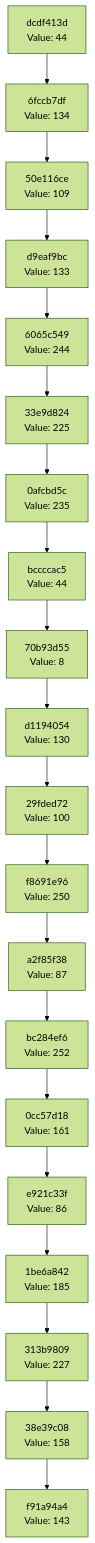
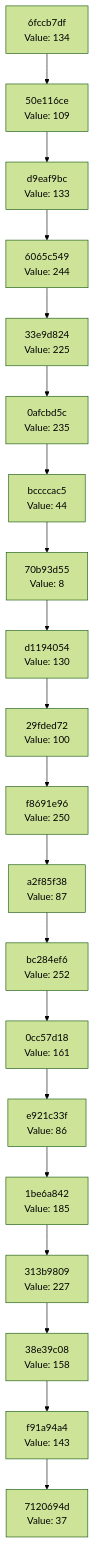
Before and after one commit to Abhisheksinha1506/hash-chain-evolver: the diagram in docs/CHAIN_VISUALIZATION.md, drawn with Mermaid (forest theme). The commit also changed 2 other files, not shown here.

Commit message:
Evolution step: hash 0x25 → action executed

````diff
--- a/docs/CHAIN_VISUALIZATION.md
+++ b/docs/CHAIN_VISUALIZATION.md
@@ -3,42 +3,42 @@
 ```mermaid
 graph TD
-    C0["f91a94a4<br/>Value: 143"]
-    C1["38e39c08<br/>Value: 158"]
+    C0["7120694d<br/>Value: 37"]
+    C1["f91a94a4<br/>Value: 143"]
     C1 --> C0
-    C2["313b9809<br/>Value: 227"]
+    C2["38e39c08<br/>Value: 158"]
     C2 --> C1
-    C3["1be6a842<br/>Value: 185"]
+    C3["313b9809<br/>Value: 227"]
     C3 --> C2
-    C4["e921c33f<br/>Value: 86"]
+    C4["1be6a842<br/>Value: 185"]
     C4 --> C3
-    C5["0cc57d18<br/>Value: 161"]
+    C5["e921c33f<br/>Value: 86"]
     C5 --> C4
-    C6["bc284ef6<br/>Value: 252"]
+    C6["0cc57d18<br/>Value: 161"]
     C6 --> C5
-    C7["a2f85f38<br/>Value: 87"]
+    C7["bc284ef6<br/>Value: 252"]
     C7 --> C6
-    C8["f8691e96<br/>Value: 250"]
+    C8["a2f85f38<br/>Value: 87"]
     C8 --> C7
-    C9["29fded72<br/>Value: 100"]
+    C9["f8691e96<br/>Value: 250"]
     C9 --> C8
-    C10["d1194054<br/>Value: 130"]
+    C10["29fded72<br/>Value: 100"]
     C10 --> C9
-    C11["70b93d55<br/>Value: 8"]
+    C11["d1194054<br/>Value: 130"]
     C11 --> C10
-    C12["bccccac5<br/>Value: 44"]
+    C12["70b93d55<br/>Value: 8"]
     C12 --> C11
-    C13["0afcbd5c<br/>Value: 235"]
+    C13["bccccac5<br/>Value: 44"]
     C13 --> C12
-    C14["33e9d824<br/>Value: 225"]
+    C14["0afcbd5c<br/>Value: 235"]
     C14 --> C13
-    C15["6065c549<br/>Value: 244"]
+    C15["33e9d824<br/>Value: 225"]
     C15 --> C14
-    C16["d9eaf9bc<br/>Value: 133"]
+    C16["6065c549<br/>Value: 244"]
     C16 --> C15
-    C17["50e116ce<br/>Value: 109"]
+    C17["d9eaf9bc<br/>Value: 133"]
     C17 --> C16
-    C18["6fccb7df<br/>Value: 134"]
+    C18["50e116ce<br/>Value: 109"]
     C18 --> C17
-    C19["dcdf413d<br/>Value: 44"]
+    C19["6fccb7df<br/>Value: 134"]
     C19 --> C18
 ```
````
